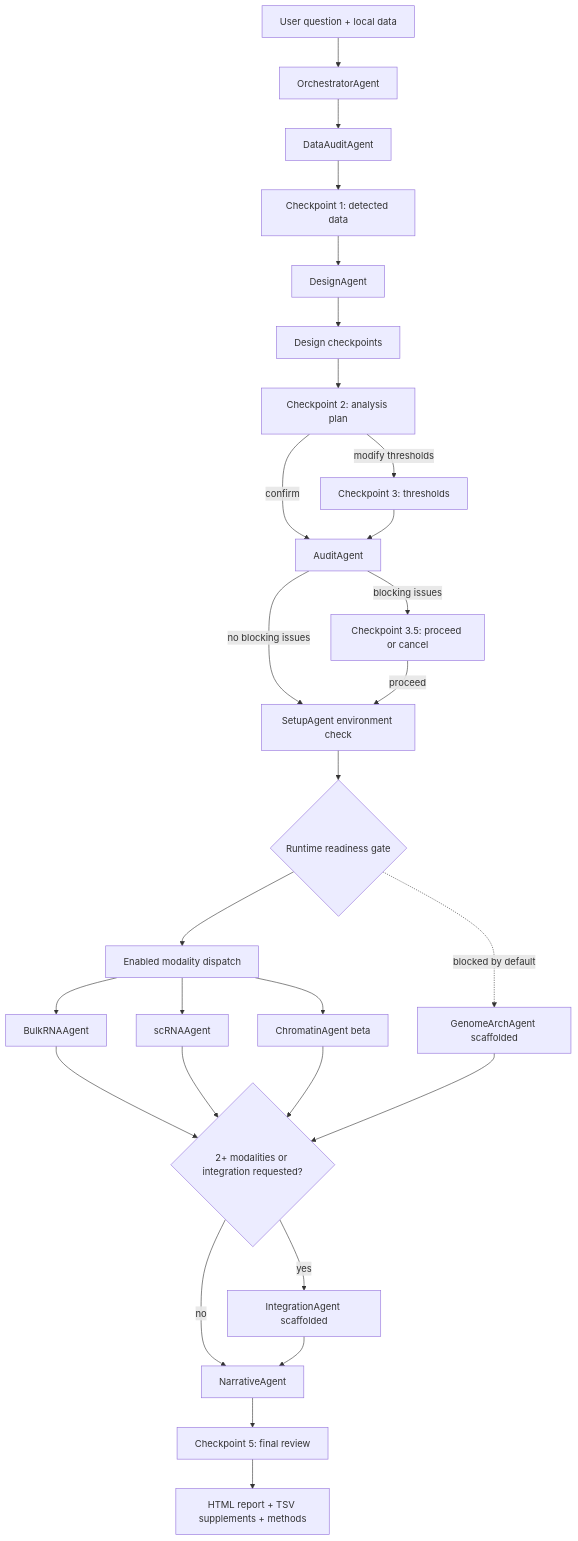
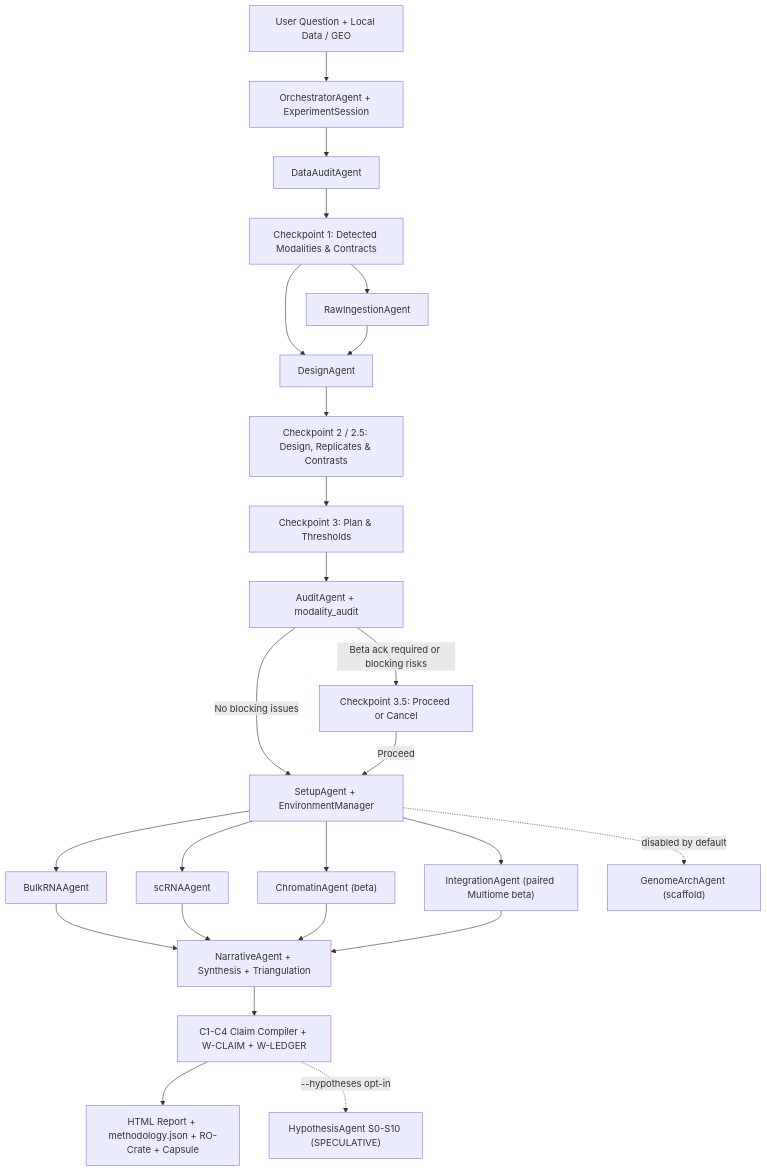
One commit to Olascoaga/aria-omics changed the diagram in docs/diagrams/aria_overview.mmd. Above: the diagram before and after it, drawn with Mermaid. The commit also changed 77 other files, not shown here.

Commit message:
docs(repo): flagship README, full v4.8 docs overhaul, retire graphify, and purge legacy cruft

```diff
--- a/docs/diagrams/aria_overview.mmd
+++ b/docs/diagrams/aria_overview.mmd
@@ -1,28 +1,25 @@
 flowchart TD
-    U[User question + local data] --> O[OrchestratorAgent]
-    O --> DA[DataAuditAgent]
-    DA --> CP1[Checkpoint 1: detected data]
-    CP1 --> D[DesignAgent]
-    D --> CP2[Design checkpoints]
-    CP2 --> PLAN[Checkpoint 2: analysis plan]
-    PLAN -->|confirm| A[AuditAgent]
-    PLAN -->|modify thresholds| CP3[Checkpoint 3: thresholds]
-    CP3 --> A
-    A -->|blocking issues| CP35[Checkpoint 3.5: proceed or cancel]
-    A -->|no blocking issues| SETUP[SetupAgent environment check]
-    CP35 -->|proceed| SETUP
-    SETUP --> GATE{Runtime readiness gate}
-    GATE --> DISPATCH[Enabled modality dispatch]
-    DISPATCH --> B[BulkRNAAgent]
-    DISPATCH --> S[scRNAAgent]
-    DISPATCH --> C[ChromatinAgent beta]
-    GATE -. blocked by default .-> H[GenomeArchAgent scaffolded]
-    B --> M{2+ modalities or integration requested?}
-    S --> M
-    C --> M
-    H --> M
-    M -->|yes| INT[IntegrationAgent scaffolded]
-    M -->|no| N[NarrativeAgent]
+    U["User Question + Local Data / GEO"] --> O["OrchestratorAgent + ExperimentSession"]
+    O --> DA["DataAuditAgent"]
+    DA --> CP1["Checkpoint 1: Detected Modalities & Contracts"]
+    CP1 --> RAW["RawIngestionAgent"]
+    CP1 --> D["DesignAgent"]
+    RAW --> D
+    D --> CP2["Checkpoint 2 / 2.5: Design, Replicates & Contrasts"]
+    CP2 --> CP3["Checkpoint 3: Plan & Thresholds"]
+    CP3 --> A["AuditAgent + modality_audit"]
+    A -->|Beta ack required or blocking risks| CP35["Checkpoint 3.5: Proceed or Cancel"]
+    A -->|No blocking issues| SETUP["SetupAgent + EnvironmentManager"]
+    CP35 -->|Proceed| SETUP
+    SETUP --> B["BulkRNAAgent"]
+    SETUP --> S["scRNAAgent"]
+    SETUP --> C["ChromatinAgent (beta)"]
+    SETUP --> INT["IntegrationAgent (paired Multiome beta)"]
+    SETUP -. disabled by default .-> H["GenomeArchAgent (scaffold)"]
+    B --> N["NarrativeAgent + Synthesis + Triangulation"]
+    S --> N
+    C --> N
     INT --> N
-    N --> CP5[Checkpoint 5: final review]
-    CP5 --> R[HTML report + TSV supplements + methods]
+    N --> COMP["C1-C4 Claim Compiler + W-CLAIM + W-LEDGER"]
+    COMP --> R["HTML Report + methodology.json + RO-Crate + Capsule"]
+    COMP -. "--hypotheses opt-in" .-> HYPO["HypothesisAgent S0-S10 (SPECULATIVE)"]
```
